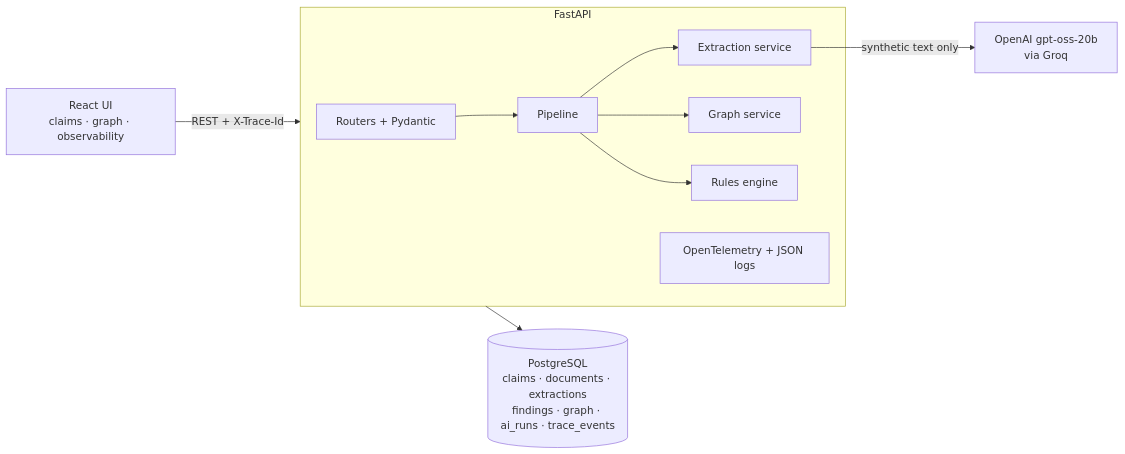
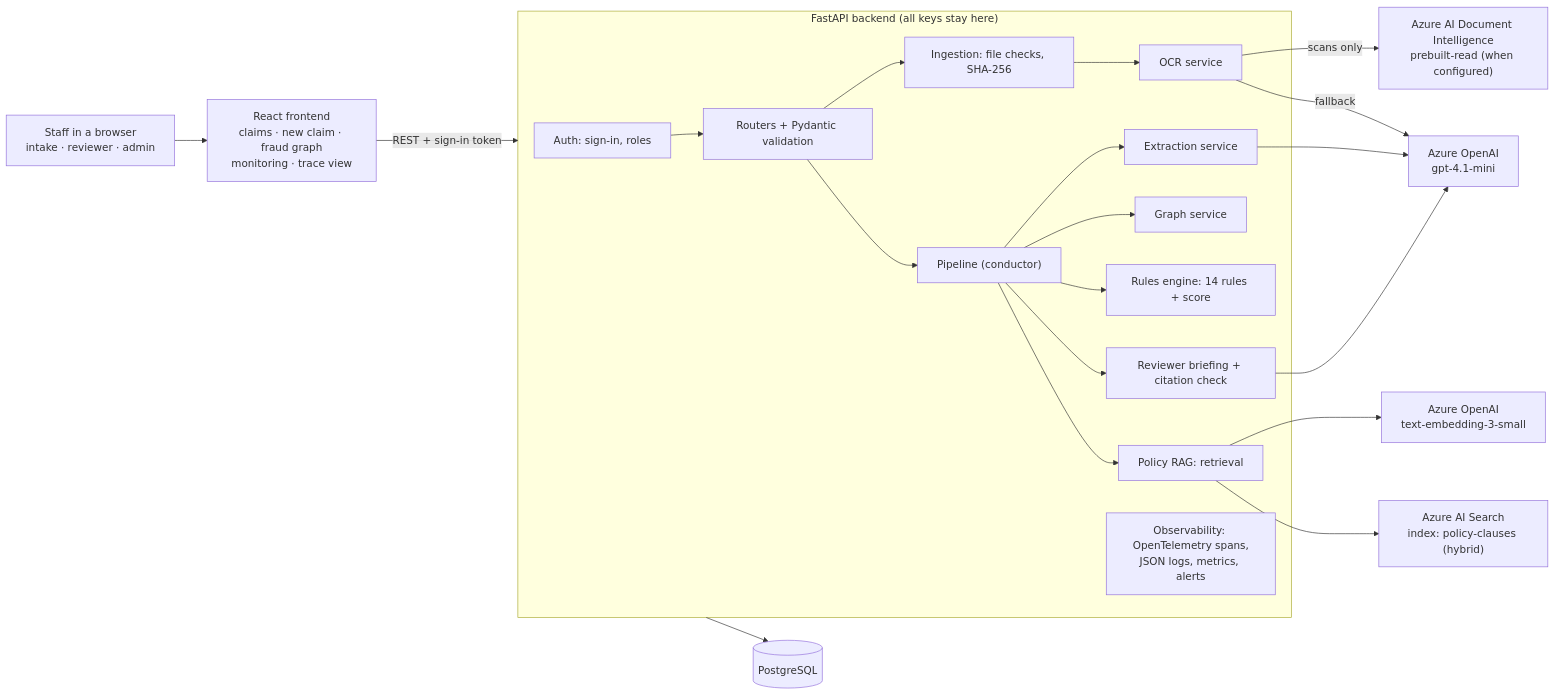
The first of 2 diagrams in docs/02-architecture.md (apoorvassudani/claimsense), drawn with Mermaid before and after one commit. The commit also changed other lines of this file and 370 other files, not shown here.

Commit message:
Day 34: Azure, RAG, OCR, auth, stress test, deployment and CI/CD

````diff
--- a/docs/02-architecture.md
+++ b/docs/02-architecture.md
@@ -3,13 +8,24 @@
 ```mermaid
 flowchart LR
-    UI["React UI<br/>claims · graph · observability"] -->|REST + X-Trace-Id| API
-    subgraph API["FastAPI"]
-        R[Routers + Pydantic] --> P[Pipeline]
-        P --> X[Extraction service]
-        P --> G[Graph service]
-        P --> RU[Rules engine]
-        O[OpenTelemetry + JSON logs]
+    U["Staff in a browser<br/>intake · reviewer · admin"] --> UI["React frontend<br/>claims · new claim · fraud graph<br/>monitoring · trace view"]
+    UI -->|"REST + sign-in token"| API
+    subgraph API["FastAPI backend (all keys stay here)"]
+        AUTH["Auth: sign-in, roles"] --> R["Routers + Pydantic validation"]
+        R --> ING["Ingestion: file checks, SHA-256"]
+        ING --> OCR["OCR service"]
+        R --> P["Pipeline (conductor)"]
+        P --> X["Extraction service"]
+        P --> G["Graph service"]
+        P --> RU["Rules engine: 14 rules + score"]
+        P --> RAG["Policy RAG: retrieval"]
+        P --> BR["Reviewer briefing + citation check"]
+        OBS["Observability: OpenTelemetry spans,<br/>JSON logs, metrics, alerts"]
     end
-    X -->|synthetic text only| LLM["OpenAI gpt-oss-20b<br/>via Groq"]
-    API --> DB[("PostgreSQL<br/>claims · documents · extractions<br/>findings · graph · ai_runs · trace_events")]
+    OCR -->|"scans only"| DI["Azure AI Document Intelligence<br/>prebuilt-read (when configured)"]
+    OCR -->|"fallback"| AOAI
+    X --> AOAI["Azure OpenAI<br/>gpt-4.1-mini"]
+    BR --> AOAI
+    RAG --> EMB["Azure OpenAI<br/>text-embedding-3-small"]
+    RAG --> SRCH["Azure AI Search<br/>index: policy-clauses (hybrid)"]
+    API --> DB[("PostgreSQL")]
 ```
````
